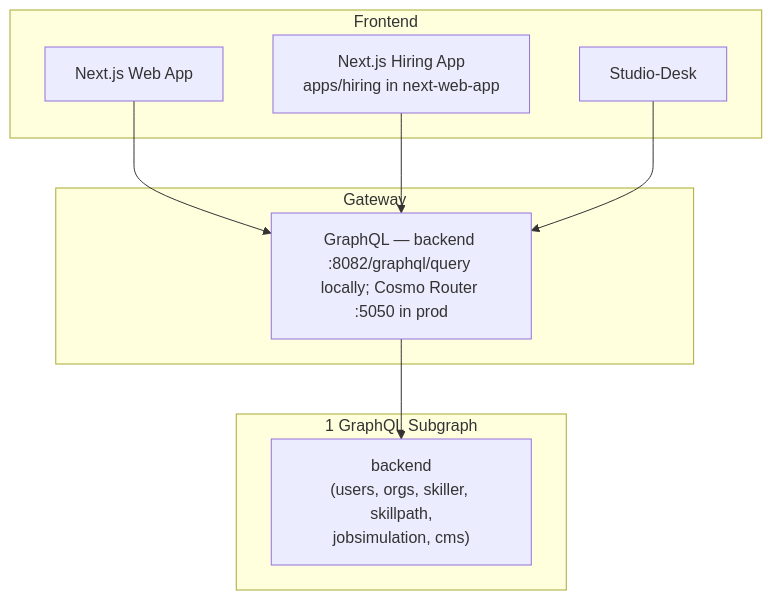
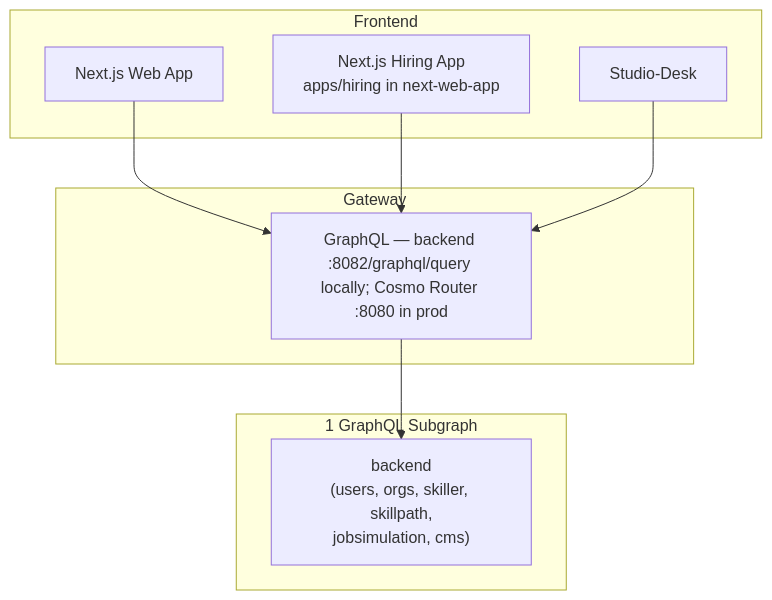
Before and after one commit to anthropos-work/rosetta: the third of 3 diagrams in corpus/architecture/external_services.md, drawn with Mermaid. The commit also changed 18 other files, not shown here.

````diff
--- a/corpus/architecture/external_services.md
+++ b/corpus/architecture/external_services.md
@@ -363,21 +363,21 @@
 ```mermaid
 graph TB
     subgraph Frontend
         Web[Next.js Web App]
         Hiring[Next.js Hiring App<br/>apps/hiring in next-web-app]
         Desk[Studio-Desk]
     end
 
     subgraph Gateway
-        WG[GraphQL — backend :8082/graphql/query locally; Cosmo Router :5050 in prod]
+        WG[GraphQL — backend :8082/graphql/query locally; Cosmo Router :8080 in prod]
     end
 
     subgraph Subgraphs[1 GraphQL Subgraph]
         Backend["backend<br/>(users, orgs, skiller, skillpath,<br/>jobsimulation, cms)"]
     end
 
     Web --> WG
     Hiring --> WG
     Desk --> WG
     WG --> Backend
 ```
````
